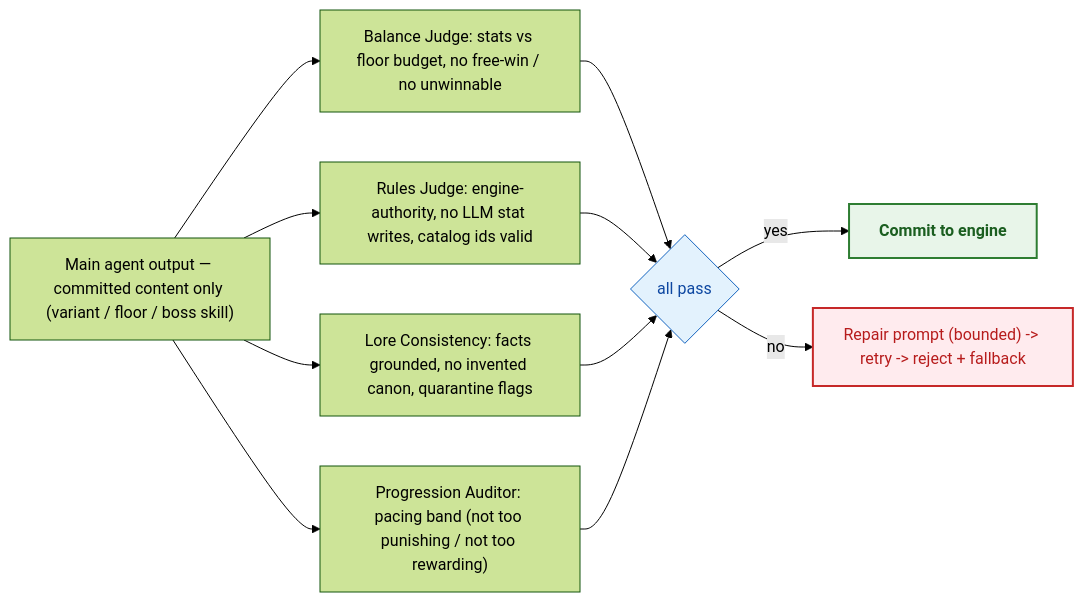
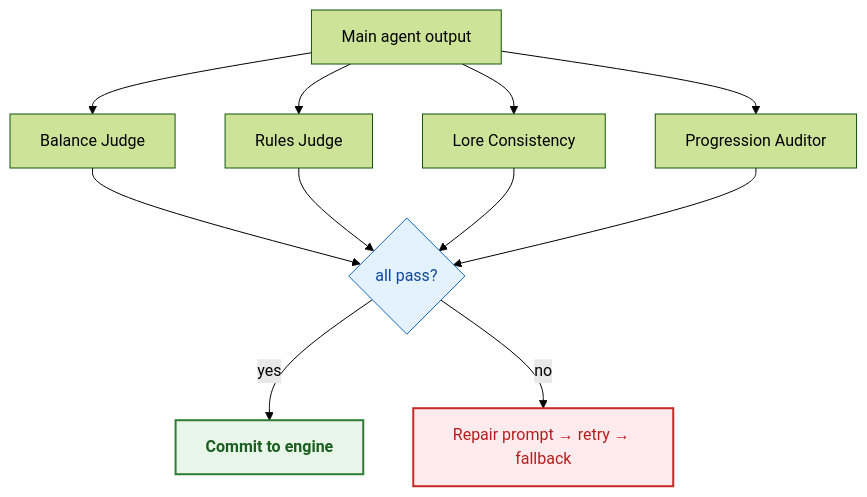
Before and after one commit to Ember96/Heirs-of-the-Abyss: the second of 2 diagrams in docs/07-agent-design.md, drawn with Mermaid (forest theme). The commit also changed other lines of this file, not shown here.

Commit message:
docs: rewrite D4/D9 mermaid diagrams — TD layout, subgraphs, match live code

````diff
--- a/docs/07-agent-design.md
+++ b/docs/07-agent-design.md
@@ -44,17 +48,17 @@
 ```mermaid
-flowchart LR
+flowchart TD
   classDef ok  fill:#E8F5E9,stroke:#2E7D32,stroke-width:2px,color:#1B5E20,font-weight:bold
   classDef bad fill:#FFEBEE,stroke:#C62828,stroke-width:2px,color:#B71C1C
   classDef info fill:#E3F2FD,stroke:#1565C0,color:#0D47A1
 
-  A["Main agent output — committed content only (variant / floor / boss skill)"] --> B["Balance Judge: stats vs floor budget, no free-win / no unwinnable"]
-  A --> C["Rules Judge: engine-authority, no LLM stat writes, catalog ids valid"]
-  A --> D["Lore Consistency: facts grounded, no invented canon, quarantine flags"]
-  A --> E["Progression Auditor: pacing band (not too punishing / not too rewarding)"]
-  B --> F{"all pass"}:::info
+  A["Main agent output"] --> B["Balance Judge"]
+  A --> C["Rules Judge"]
+  A --> D["Lore Consistency"]
+  A --> E["Progression Auditor"]
+  B --> F{"all pass?"}:::info
   C --> F
   D --> F
   E --> F
   F -->|yes| G["Commit to engine"]:::ok
-  F -->|no| H["Repair prompt (bounded) -> retry -> reject + fallback"]:::bad
+  F -->|no| H["Repair prompt → retry → fallback"]:::bad
 ```
````
